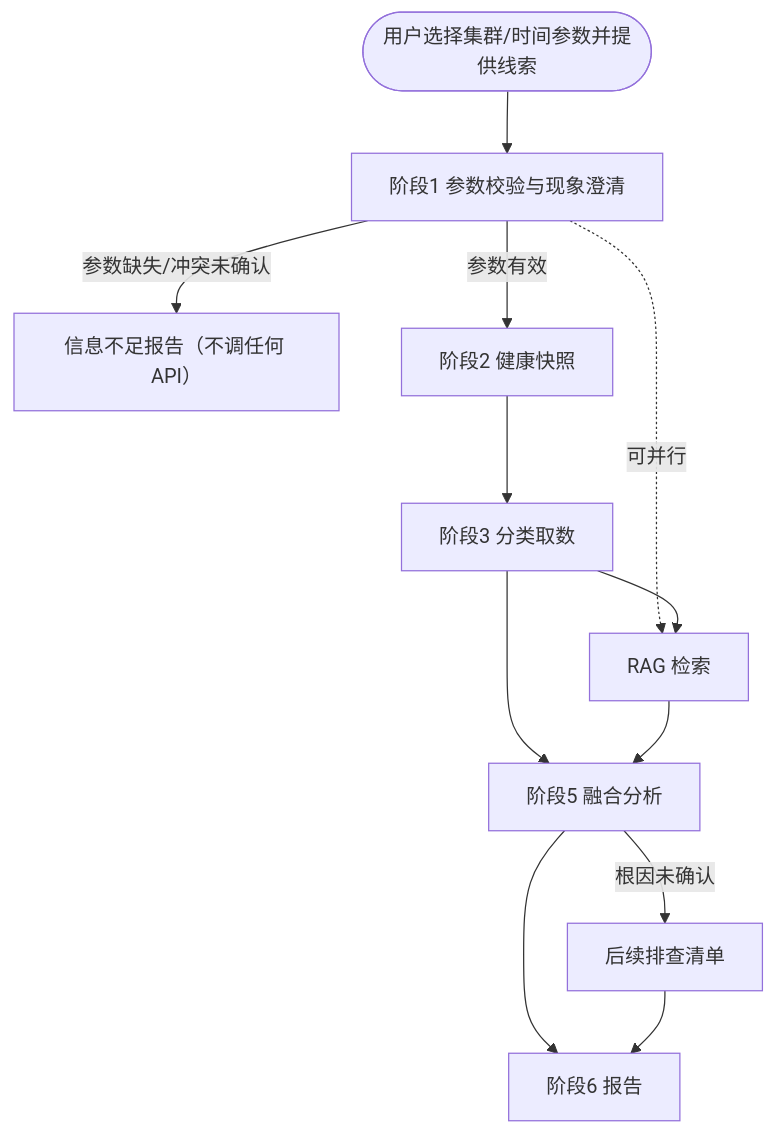
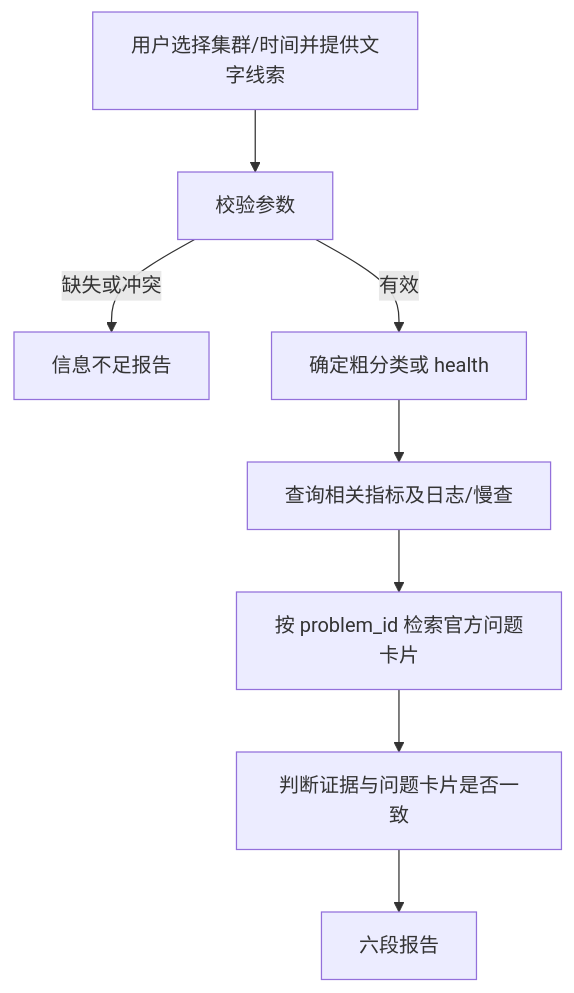
Before and after one commit to yangzhengjie/tidb-diag: the diagram in docs/tidb-diag-agent-requirements.md, drawn with Mermaid. The commit also changed other lines of this file and 1 other file, not shown here.

````diff
--- a/docs/tidb-diag-agent-requirements.md
+++ b/docs/tidb-diag-agent-requirements.md
@@ -198,14 +116,10 @@
 ```mermaid
 flowchart TB
-    Start(["用户选择集群/时间参数并提供线索"]) --> Clarify["阶段1 参数校验与现象澄清"]
-    Clarify -->|参数缺失/冲突未确认| Insufficient["信息不足报告（不调任何 API）"]
-    Clarify -->|参数有效| Snapshot["阶段2 健康快照"]
-    Snapshot --> Classify["阶段3 分类取数"]
-    Clarify -.->|可并行| RAG["RAG 检索"]
-    Classify --> RAG
-    Classify --> Fusion["阶段5 融合分析"]
-    RAG --> Fusion
-    Fusion --> Report["阶段6 报告"]
-    Fusion -->|根因未确认| Next["后续排查清单"]
-    Next --> Report
+    Start["用户选择集群/时间并提供文字线索"] --> Validate["校验参数"]
+    Validate -->|缺失或冲突| Insufficient["信息不足报告"]
+    Validate -->|有效| Route["确定粗分类或 health"]
+    Route --> Evidence["查询相关指标及日志/慢查"]
+    Evidence --> Card["按 problem_id 检索官方问题卡片"]
+    Card --> Decide["判断证据与问题卡片是否一致"]
+    Decide --> Report["六段报告"]
 ```
````
